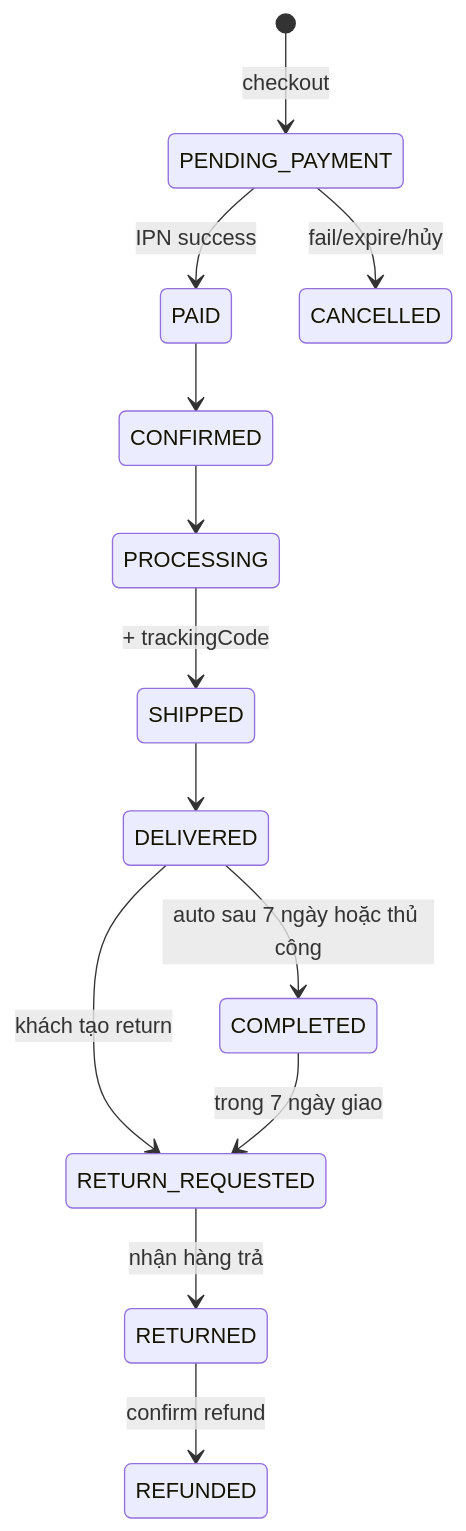
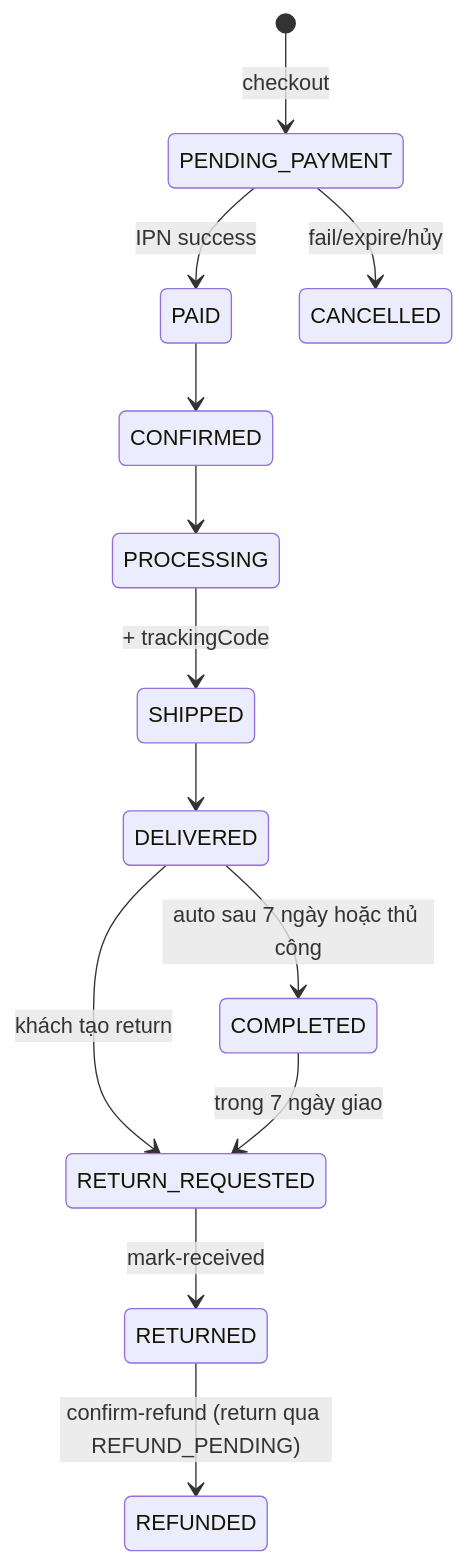
The sixth of 18 diagrams in docs/FUNCTIONAL_FLOWS.md (trantuanhung1209/sole_ecommerce), drawn with Mermaid before and after one commit. The commit also changed other lines of this file and 3 other files, not shown here.

First line of the commit message:
docs: sync specs with MongoDB search and return refund flows

````diff
--- a/docs/FUNCTIONAL_FLOWS.md
+++ b/docs/FUNCTIONAL_FLOWS.md
@@ -208,15 +208,15 @@
 ```mermaid
 stateDiagram-v2
   [*] --> PENDING_PAYMENT: checkout
   PENDING_PAYMENT --> PAID: IPN success
   PENDING_PAYMENT --> CANCELLED: fail/expire/hủy
   PAID --> CONFIRMED
   CONFIRMED --> PROCESSING
   PROCESSING --> SHIPPED: + trackingCode
   SHIPPED --> DELIVERED
   DELIVERED --> COMPLETED: auto sau 7 ngày hoặc thủ công
   DELIVERED --> RETURN_REQUESTED: khách tạo return
-  RETURN_REQUESTED --> RETURNED: nhận hàng trả
-  RETURNED --> REFUNDED: confirm refund
+  RETURN_REQUESTED --> RETURNED: mark-received
+  RETURNED --> REFUNDED: confirm-refund (return qua REFUND_PENDING)
   COMPLETED --> RETURN_REQUESTED: trong 7 ngày giao
 ```
````
